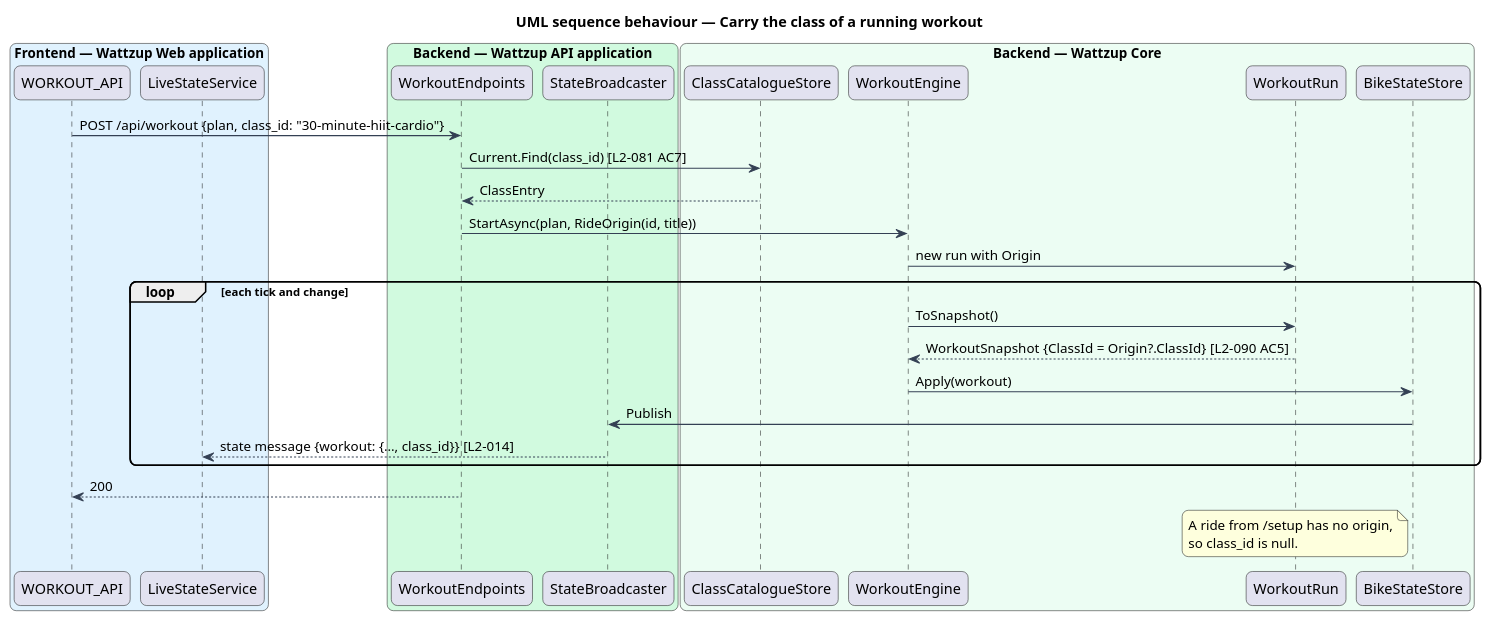
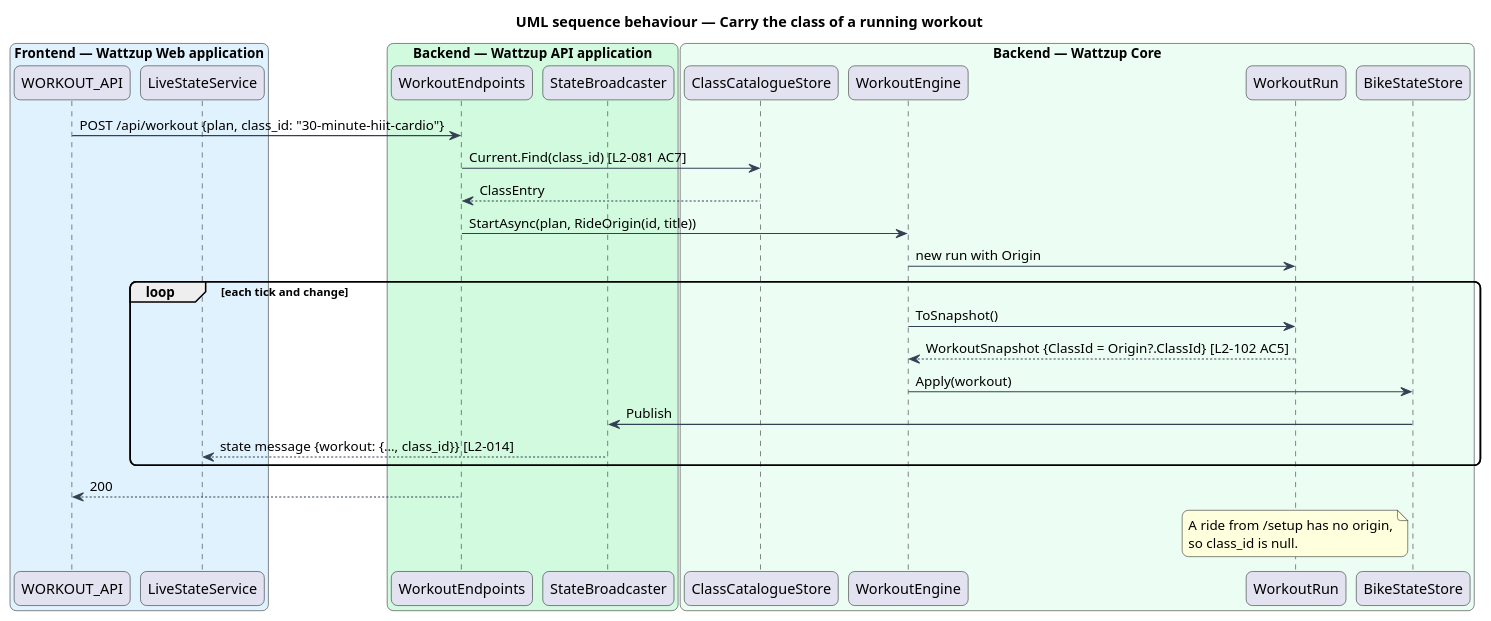
The diagram in docs/detailed-designs/world-ride/assign-class-scene/diagrams/sequence-carry-class-id.puml (QuinntyneBrown/ride-one), drawn with PlantUML before and after one commit. The commit also changed 75 other files, not shown here.

```diff
--- a/docs/detailed-designs/world-ride/assign-class-scene/diagrams/sequence-carry-class-id.puml
+++ b/docs/detailed-designs/world-ride/assign-class-scene/diagrams/sequence-carry-class-id.puml
@@ -1,40 +1,40 @@
 @startuml
 title UML sequence behaviour — Carry the class of a running workout
 skinparam backgroundColor #FFFFFF
 skinparam shadowing false
 skinparam roundcorner 12
 skinparam defaultFontName Arial
 skinparam ArrowColor #344054
 box "Frontend — Wattzup Web application" #E0F2FE
   participant "WORKOUT_API" as client
   participant "LiveStateService" as live
 end box
 box "Backend — Wattzup API application" #D1FADF
   participant "WorkoutEndpoints" as ep
   participant "StateBroadcaster" as broadcaster
 end box
 box "Backend — Wattzup Core" #ECFDF3
   participant "ClassCatalogueStore" as store
   participant "WorkoutEngine" as engine
   participant "WorkoutRun" as run
   participant "BikeStateStore" as state
 end box
 
 client -> ep : POST /api/workout {plan, class_id: "30-minute-hiit-cardio"}
 ep -> store : Current.Find(class_id) [L2-081 AC7]
 store --> ep : ClassEntry
 ep -> engine : StartAsync(plan, RideOrigin(id, title))
 engine -> run : new run with Origin
 loop each tick and change
   engine -> run : ToSnapshot()
-  run --> engine : WorkoutSnapshot {ClassId = Origin?.ClassId} [L2-090 AC5]
+  run --> engine : WorkoutSnapshot {ClassId = Origin?.ClassId} [L2-102 AC5]
   engine -> state : Apply(workout)
   state -> broadcaster : Publish
   broadcaster --> live : state message {workout: {…, class_id}} [L2-014]
 end
 ep --> client : 200
 note over run
   A ride from /setup has no origin,
   so class_id is null.
 end note
 @enduml
```
